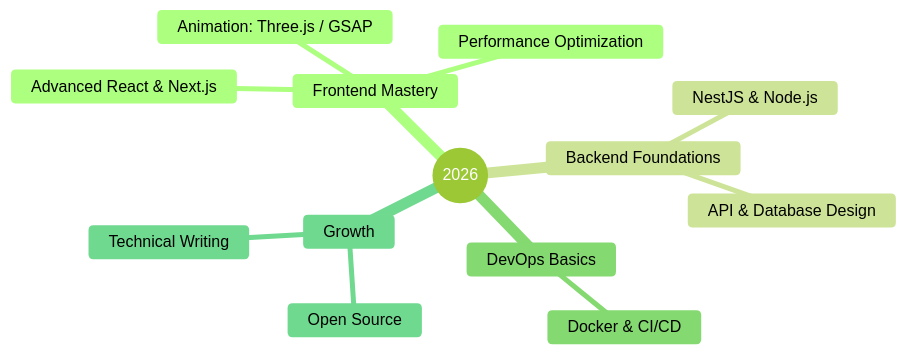
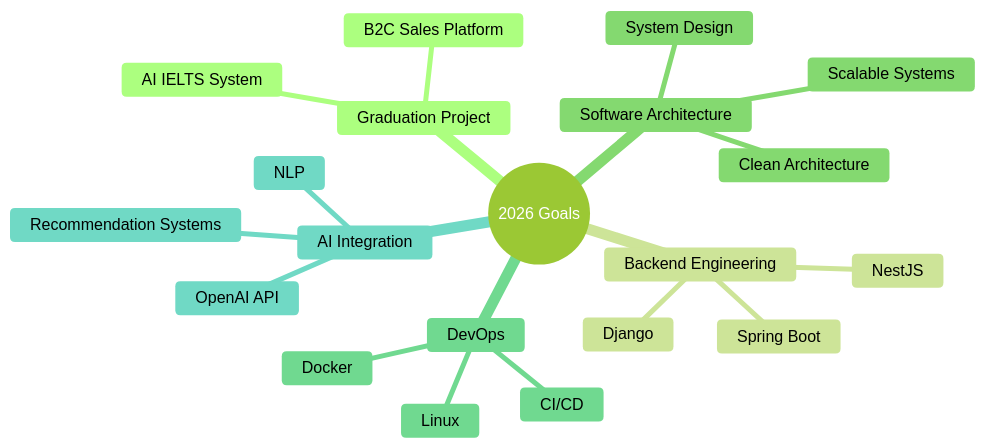
Before and after one commit to tuanphonghoang-cloud/tuanphong.hoang-cloud: the diagram in README.md, drawn with Mermaid (forest theme). The commit also changed other lines of this file, not shown here.

````diff
--- a/README.md
+++ b/README.md
@@ -115,16 +153,23 @@
 ```mermaid
 mindmap
-  root((2026))
-    Frontend Mastery
-      Advanced React & Next.js
-      Performance Optimization
-      Animation: Three.js / GSAP
-    Backend Foundations
-      NestJS & Node.js
-      API & Database Design
-    DevOps Basics
-      Docker & CI/CD
-    Growth
-      Open Source
-      Technical Writing
+  root((2026 Goals))
+    Graduation Project
+      B2C Sales Platform
+      AI IELTS System
+    Backend Engineering
+      NestJS
+      Spring Boot
+      Django
+    Software Architecture
+      Clean Architecture
+      System Design
+      Scalable Systems
+    DevOps
+      Docker
+      CI/CD
+      Linux
+    AI Integration
+      OpenAI API
+      NLP
+      Recommendation Systems
 ```
````
